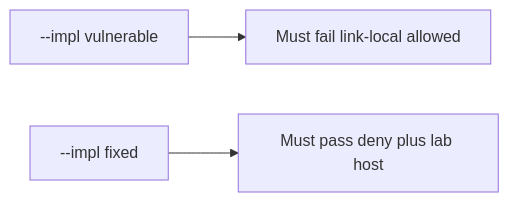
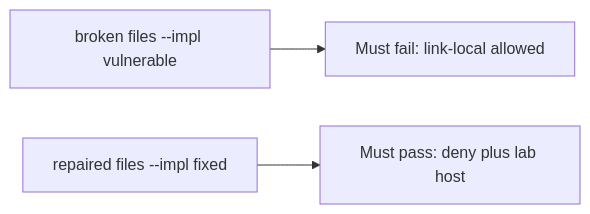
Before and after one commit to ishitvagoel/LearnSecurity: the diagram in content/modules/6/6.5/lessons/05-verify.md, drawn with Mermaid. The commit also changed other lines of this file and 55 other files, not shown here.

````diff
--- a/content/modules/6/6.5/lessons/05-verify.md
+++ b/content/modules/6/6.5/lessons/05-verify.md
@@ -15,5 +14,5 @@
 ```mermaid
 flowchart LR
-  V["--impl vulnerable"] --> F["Must fail link-local allowed"]
-  X["--impl fixed"] --> P["Must pass deny plus lab host"]
+  V["broken files --impl vulnerable"] --> F[Must fail: link-local allowed]
+  X["repaired files --impl fixed"] --> P[Must pass: deny plus lab host]
 ```
````
